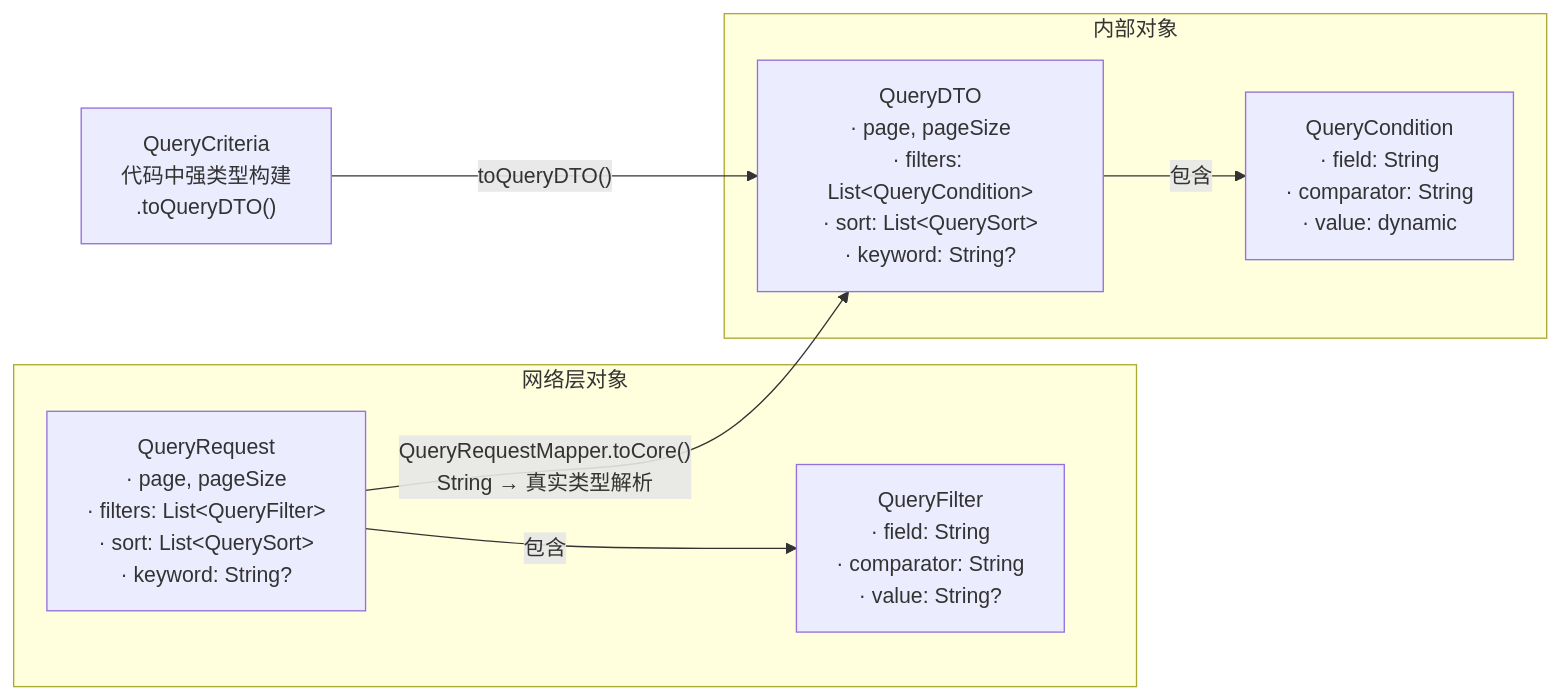
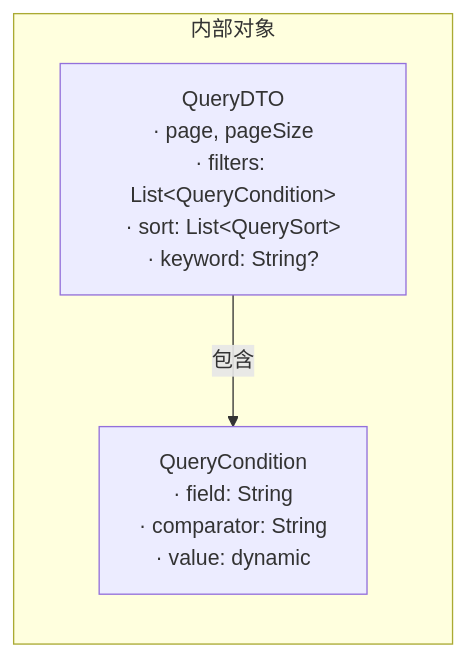
Before and after one commit to coderxsle/flutter_web_admin: the second of 8 diagrams in serverpod_crud/README.md, drawn with Mermaid. The commit also changed other lines of this file and 351 other files, not shown here.

````diff
--- a/serverpod_crud/README.md
+++ b/serverpod_crud/README.md
@@ -144,19 +152,9 @@
 ```mermaid
 flowchart LR
-    subgraph 网络层对象
-        QR["QueryRequest<br/>· page, pageSize<br/>· filters: List&lt;QueryFilter&gt;<br/>· sort: List&lt;QuerySort&gt;<br/>· keyword: String?"]
-        QF["QueryFilter<br/>· field: String<br/>· comparator: String<br/>· value: String?"]
-    end
-
     subgraph 内部对象
         QD["QueryDTO<br/>· page, pageSize<br/>· filters: List&lt;QueryCondition&gt;<br/>· sort: List&lt;QuerySort&gt;<br/>· keyword: String?"]
         QC["QueryCondition<br/>· field: String<br/>· comparator: String<br/>· value: dynamic"]
     end
 
-    QCR["QueryCriteria<br/>代码中强类型构建<br/>.toQueryDTO()"]
-
-    QR --包含--> QF
     QD --包含--> QC
-    QR --"QueryRequestMapper.toCore()<br/>String → 真实类型解析"--> QD
-    QCR --"toQueryDTO()"--> QD
 ```
````
